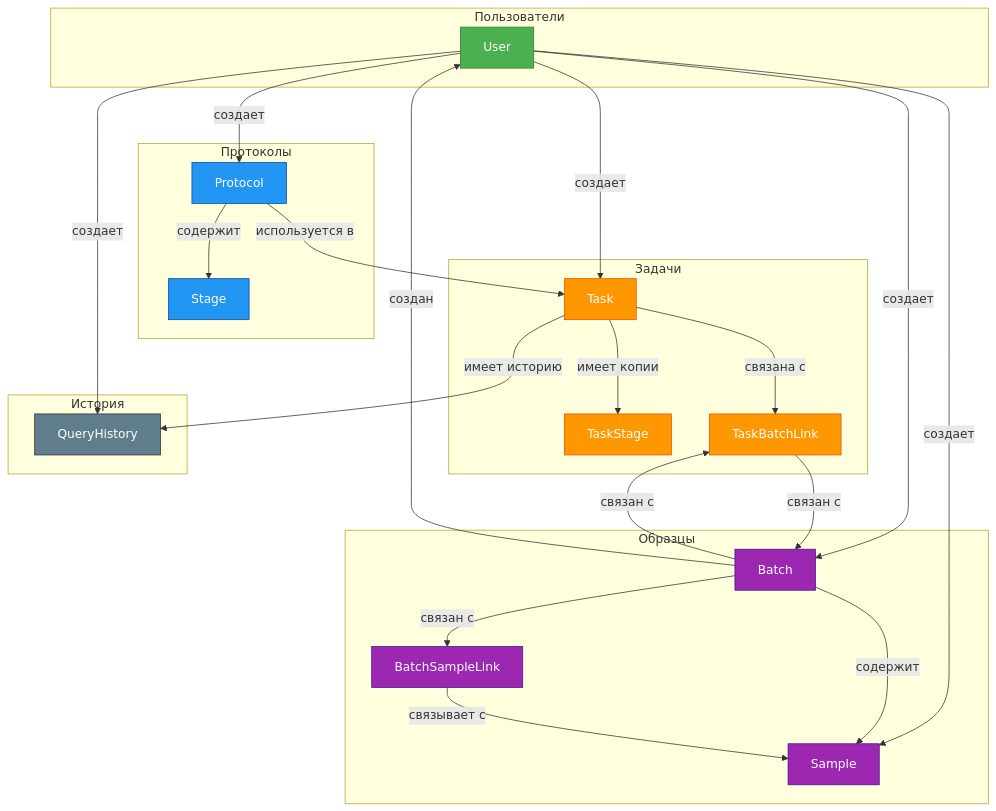
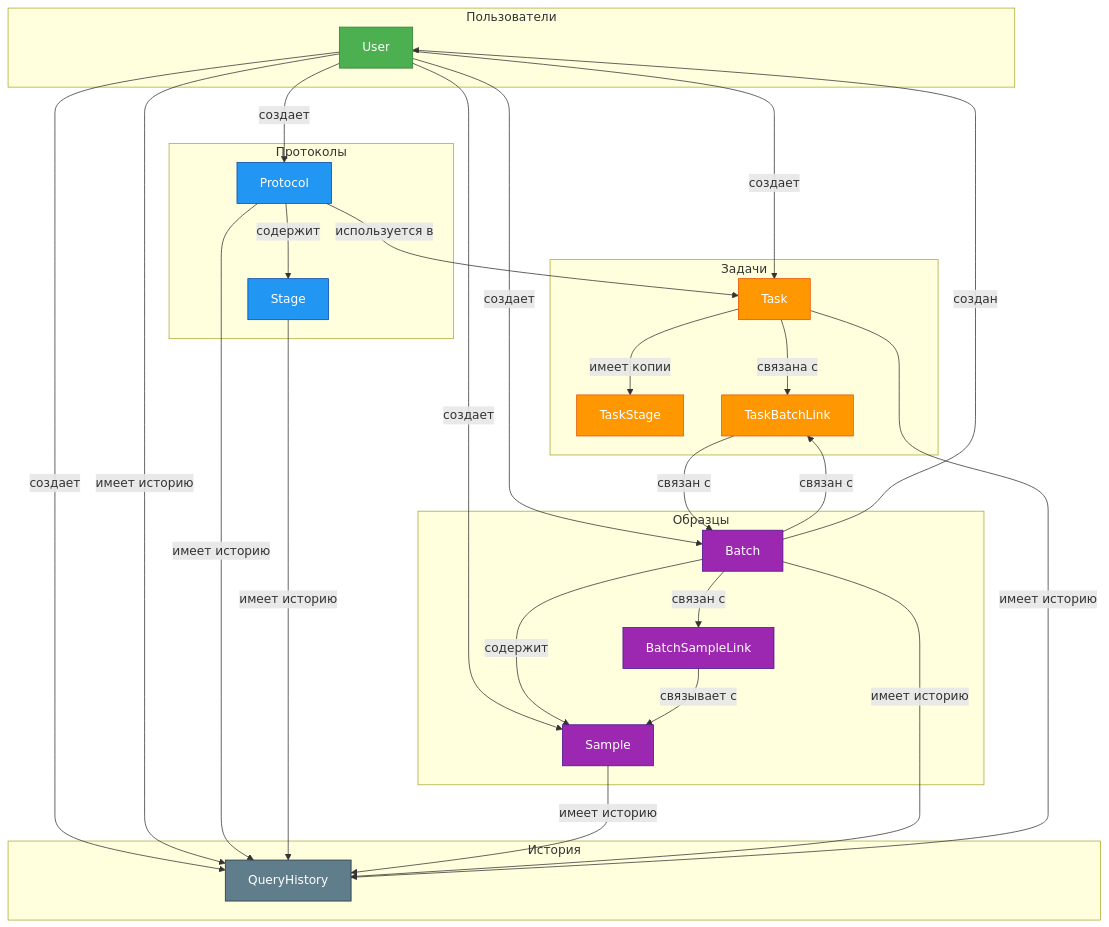
One commit to PHILIPP111007/philslab changed the diagram in docs/DATABASE_SCHEMA.md. Above: the diagram before and after it, drawn with Mermaid. The commit also changed 24 other files, not shown here.

Commit message:
updated QueryHistory

````diff
--- a/docs/DATABASE_SCHEMA.md
+++ b/docs/DATABASE_SCHEMA.md
@@ -3,59 +3,64 @@
 ```mermaid
 graph TB
     subgraph "Пользователи"
         User[User]
     end
 
     subgraph "Протоколы"
         Protocol[Protocol]
         Stage[Stage]
     end
 
     subgraph "Задачи"
         Task[Task]
         TaskStage[TaskStage]
         TaskBatchLink[TaskBatchLink]
     end
 
     subgraph "Образцы"
         Sample[Sample]
         Batch[Batch]
         BatchSampleLink[BatchSampleLink]
     end
 
     subgraph "История"
         QueryHistory[QueryHistory]
     end
 
     User -->|создает| Protocol
     User -->|создает| Task
     User -->|создает| Batch
     User -->|создает| Sample
     User -->|создает| QueryHistory
     
     Protocol -->|содержит| Stage
     Protocol -->|используется в| Task
     
     Task -->|имеет копии| TaskStage
     Task -->|связана с| TaskBatchLink
     TaskBatchLink -->|связан с| Batch
+    User -->|имеет историю| QueryHistory
+    Protocol -->|имеет историю| QueryHistory
+    Stage -->|имеет историю| QueryHistory
+    Sample -->|имеет историю| QueryHistory
+    Batch -->|имеет историю| QueryHistory
     Task -->|имеет историю| QueryHistory
     
     Batch -->|содержит| Sample
     Batch -->|связан с| BatchSampleLink
     BatchSampleLink -->|связывает с| Sample
     
     Batch -->|связан с| TaskBatchLink
     Batch -->|создан| User
 
     style User fill:#4CAF50,stroke:#2E7D32,color:#fff
     style Protocol fill:#2196F3,stroke:#0D47A1,color:#fff
     style Stage fill:#2196F3,stroke:#0D47A1,color:#fff
     style Task fill:#FF9800,stroke:#E65100,color:#fff
     style TaskStage fill:#FF9800,stroke:#E65100,color:#fff
     style TaskBatchLink fill:#FF9800,stroke:#E65100,color:#fff
     style Sample fill:#9C27B0,stroke:#4A148C,color:#fff
     style Batch fill:#9C27B0,stroke:#4A148C,color:#fff
     style BatchSampleLink fill:#9C27B0,stroke:#4A148C,color:#fff
     style QueryHistory fill:#607D8B,stroke:#263238,color:#fff
 ```
````
